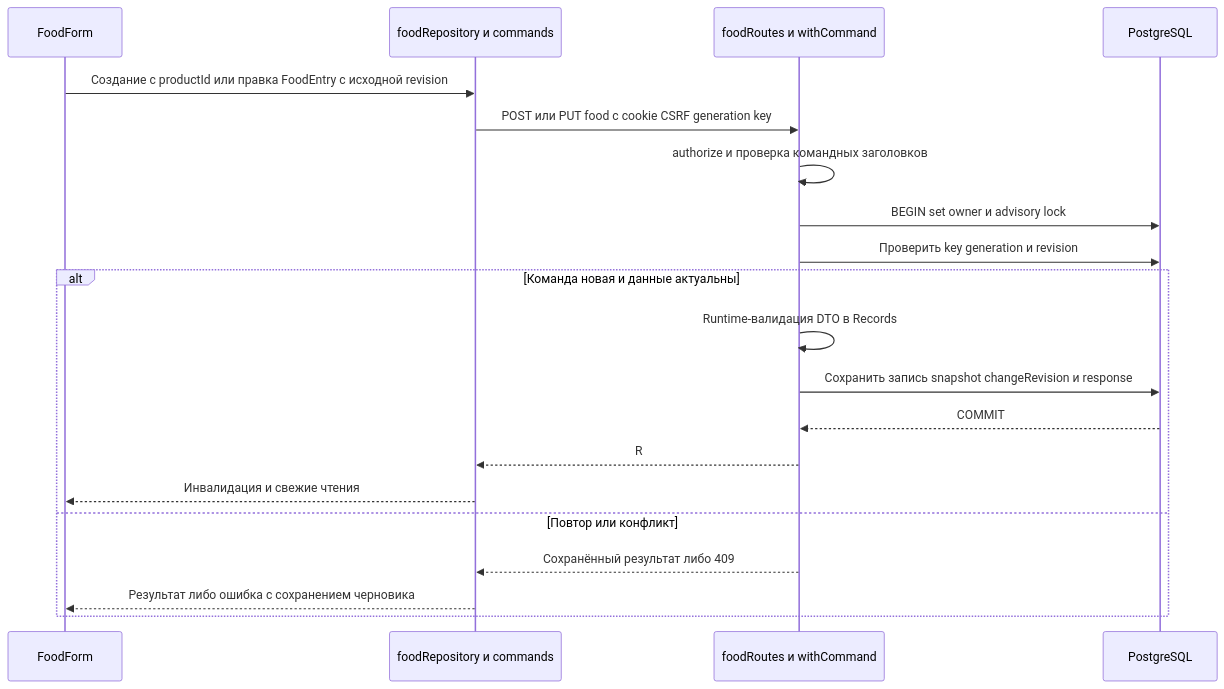
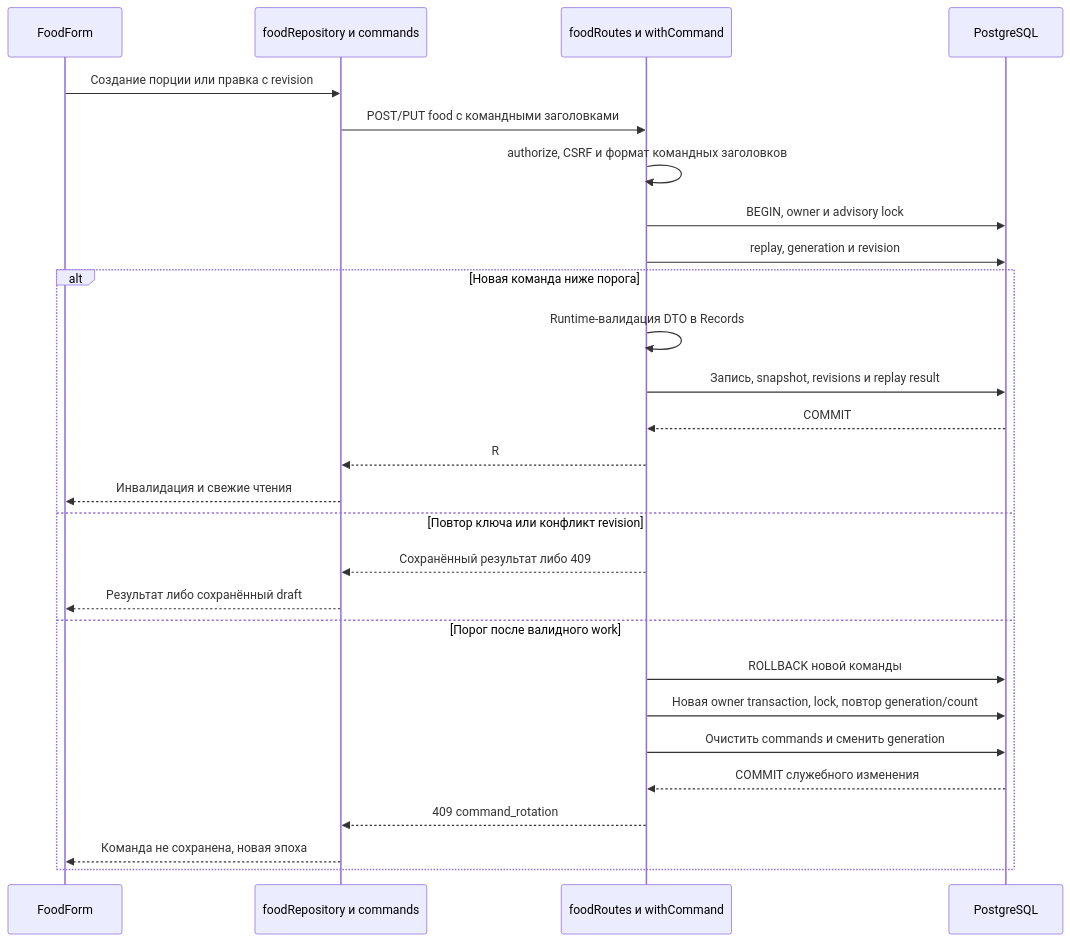
The ninth of 11 diagrams in docs/ARCHITECTURE.md (arturican/health), drawn with Mermaid before and after one commit. The commit also changed other lines of this file and 5 other files, not shown here.

````diff
--- a/docs/ARCHITECTURE.md
+++ b/docs/ARCHITECTURE.md
@@ -336,22 +410,29 @@
 ```mermaid
 sequenceDiagram
     participant UI as FoodForm
     participant C as foodRepository и commands
     participant API as foodRoutes и withCommand
     participant DB as PostgreSQL
-    UI->>C: Создание с productId или правка FoodEntry с исходной revision
-    C->>API: POST или PUT food с cookie CSRF generation key
-    API->>API: authorize и проверка командных заголовков
-    API->>DB: BEGIN set owner и advisory lock
-    API->>DB: Проверить key generation и revision
-    alt Команда новая и данные актуальны
+    UI->>C: Создание порции или правка с revision
+    C->>API: POST/PUT food с командными заголовками
+    API->>API: authorize, CSRF и формат командных заголовков
+    API->>DB: BEGIN, owner и advisory lock
+    API->>DB: replay, generation и revision
+    alt Новая команда ниже порога
         API->>API: Runtime-валидация DTO в Records
-        API->>DB: Сохранить запись snapshot changeRevision и response
+        API->>DB: Запись, snapshot, revisions и replay result
         DB-->>API: COMMIT
         API-->>C: R
         C-->>UI: Инвалидация и свежие чтения
-    else Повтор или конфликт
+    else Повтор ключа или конфликт revision
         API-->>C: Сохранённый результат либо 409
-        C-->>UI: Результат либо ошибка с сохранением черновика
+        C-->>UI: Результат либо сохранённый draft
+    else Порог после валидного work
+        API->>DB: ROLLBACK новой команды
+        API->>DB: Новая owner transaction, lock, повтор generation/count
+        API->>DB: Очистить commands и сменить generation
+        DB-->>API: COMMIT служебного изменения
+        API-->>C: 409 command_rotation
+        C-->>UI: Команда не сохранена, новая эпоха
     end
 ```
````
